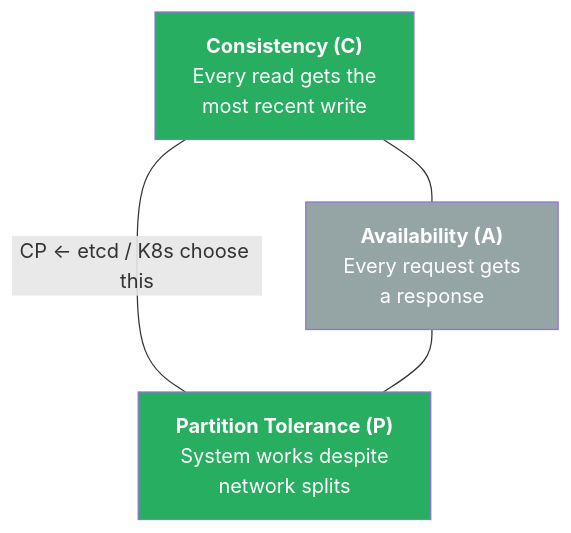
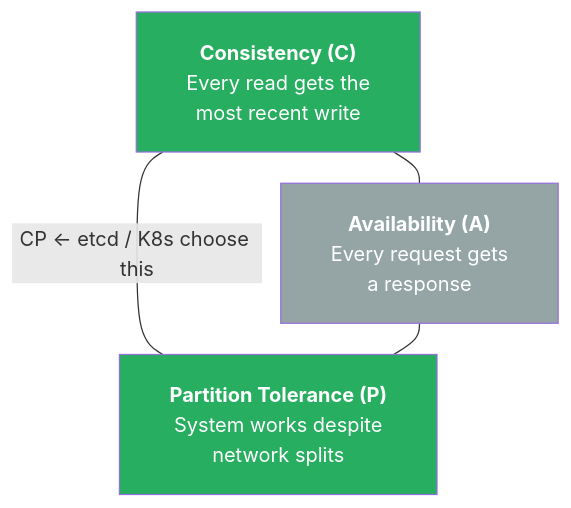
The fourth of 5 diagrams in Chapter_5_Expanded.md (Alnour/kube_book), drawn with Mermaid before and after one commit. The commit also changed other lines of this file and 7 other files, not shown here.

First line of the commit message:
Fix Mermaid diagram sizing, layout, and label rendering

````diff
--- a/Chapter_5_Expanded.md
+++ b/Chapter_5_Expanded.md
@@ -126,14 +129,15 @@
 ```mermaid
+%%{init: {'flowchart': {'nodeSpacing': 10, 'rankSpacing': 25, 'padding': 20, 'subGraphTitleMargin': {'top': 10, 'bottom': 5}}}}%%
 graph TB
-    C["<b>Consistency (C)</b>\nEvery read gets the\nmost recent write"]
-    A["<b>Availability (A)</b>\nEvery request gets\na response"]
-    P["<b>Partition Tolerance (P)</b>\nSystem works despite\nnetwork splits"]
+    C["<b>Consistency (C)</b><br/>Every read gets the<br/>most recent write"]
+    A["<b>Availability (A)</b><br/>Every request gets<br/>a response"]
+    P["<b>Partition Tolerance (P)</b><br/>System works despite<br/>network splits"]
 
     C ---|"CP ← etcd / K8s choose this"| P
     C --- A
     A --- P
 
     style C fill:#27ae60,color:#fff
     style P fill:#27ae60,color:#fff
     style A fill:#95a5a6,color:#fff
 ```
````
